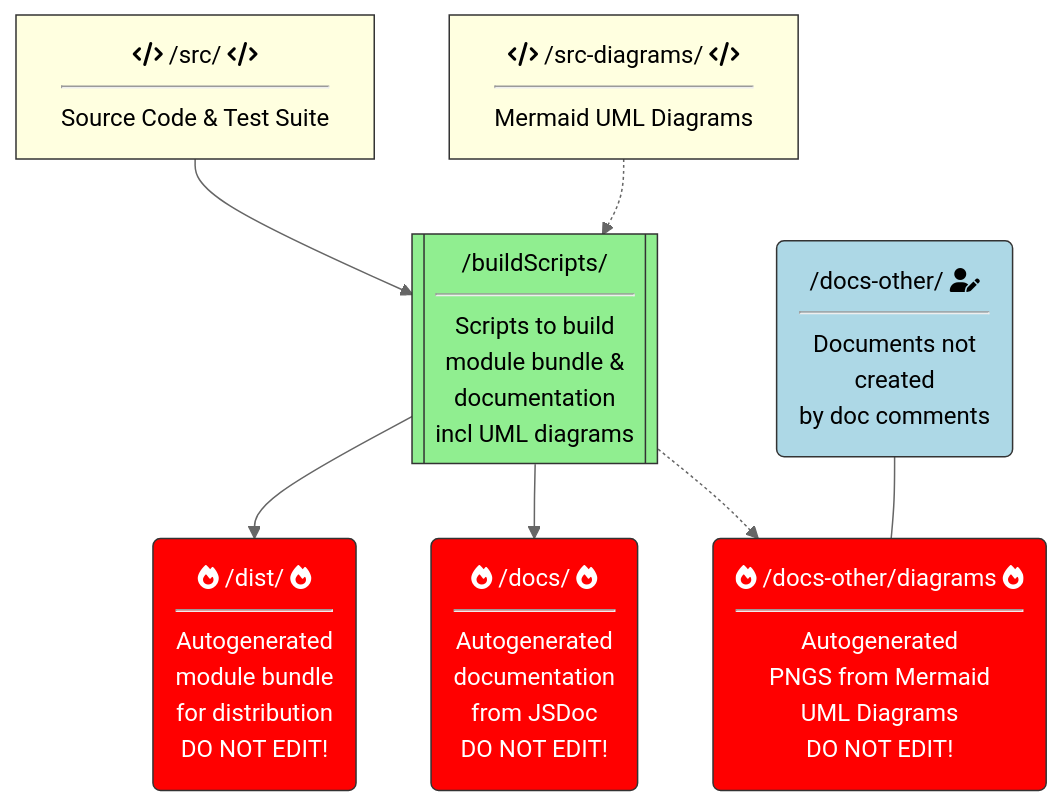
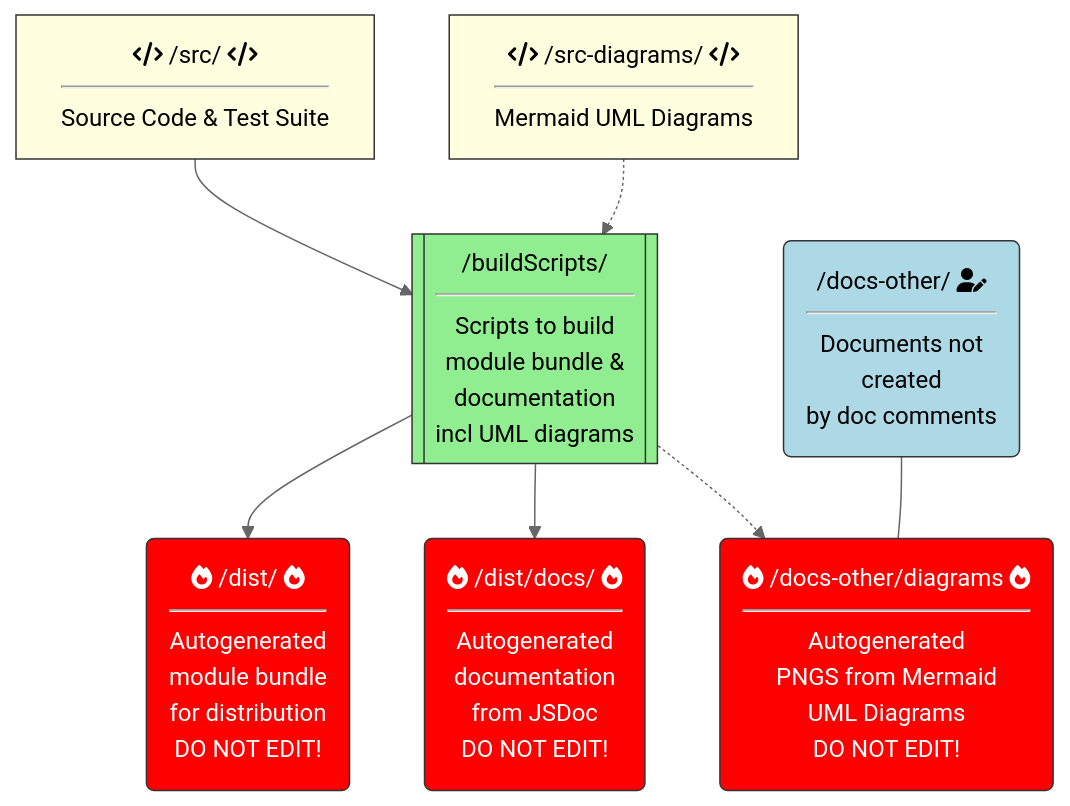
One commit to bartificer/xkpasswd-js changed the diagram in src-diagrams/XKPasswdJS-docs-diagram.mmd.md. Above: the diagram before and after it, drawn with Mermaid (neutral theme). The commit also changed 2 other files, not shown here.

Commit message:
Fix: #35 remove docs directory and update docs diagram

````diff
--- a/src-diagrams/XKPasswdJS-docs-diagram.mmd.md
+++ b/src-diagrams/XKPasswdJS-docs-diagram.mmd.md
@@ -1,27 +1,27 @@
 ```mermaid
 %%{ init: { 'flowchart': { 'curve': 'basis' } } }%%
 
 flowchart TD
-	src["fa:fa-code /src/ fa:fa-code<br><hr>Source Code & Test Suite"] 
+	src["fa:fa-code /src/ fa:fa-code<br><hr>Source Code & Test Suite"]
 	--> buildScripts[["/buildScripts/<br><hr>Scripts to build<br>module bundle &<br>documentation<br>incl UML diagrams"]]
-	--> dist("fa:fa-fire /dist/ fa:fa-fire<br><hr>Autogenerated <br>module bundle<br>for distribution<br>DO NOT EDIT!") & docs("fa:fa-fire /docs/ fa:fa-fire<br><hr>Autogenerated<br>documentation<br>from JSDoc<br>DO NOT EDIT!")
-	
-	srcDiagrams["fa:fa-code /src-diagrams/ fa:fa-code<br><hr>Mermaid UML Diagrams"] 
-	.-> buildScripts 
+	--> dist("fa:fa-fire /dist/ fa:fa-fire<br><hr>Autogenerated <br>module bundle<br>for distribution<br>DO NOT EDIT!") & docs("fa:fa-fire /dist/docs/ fa:fa-fire<br><hr>Autogenerated<br>documentation<br>from JSDoc<br>DO NOT EDIT!")
+
+	srcDiagrams["fa:fa-code /src-diagrams/ fa:fa-code<br><hr>Mermaid UML Diagrams"]
+	.-> buildScripts
 	.-> docsOtherDiagrams("fa:fa-fire /docs-other/diagrams fa:fa-fire <br><hr>Autogenerated<br>PNGS from Mermaid<br>UML Diagrams<br>DO NOT EDIT!")
-	
+
 	docsOther("/docs-other/ fa:fa-user-edit<br><hr>Documents not<br>created<br> by doc comments") --- docsOtherDiagrams
-	
+
 	classDef default stroke:#333
 	classDef doNotEdit color:#ffffff, fill:#ff0000
 	classDef inputSrc fill: #FFFFE0
-	
-	style buildScripts fill:#90EE90 
+
+	style buildScripts fill:#90EE90
 	style docsOther fill: #ADD8E6
-	
+
 	class src inputSrc;
 	class dist doNotEdit;
-	class docs doNotEdit; 
+	class docs doNotEdit;
 	class srcDiagrams inputSrc;
 	class docsOtherDiagrams doNotEdit;
 ```
````
